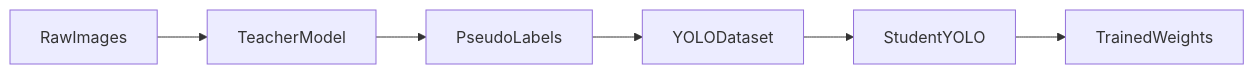
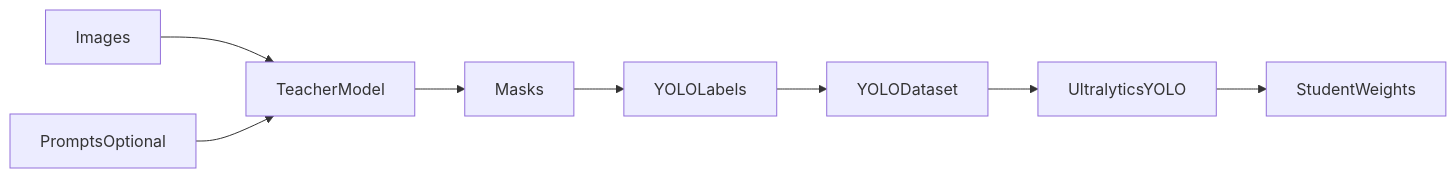
One commit to yajatvishwak/visiondistill changed the diagram in README.md. Above: the diagram before and after it, drawn with Mermaid. The commit also changed other lines of this file and 9 other files, not shown here.

````diff
--- a/README.md
+++ b/README.md
@@ -37,8 +18,10 @@
 ```mermaid
 flowchart LR
-    rawImages[RawImages] --> teacher[TeacherModel]
-    teacher --> pseudoLabels[PseudoLabels]
-    pseudoLabels --> yoloDataset[YOLODataset]
-    yoloDataset --> student[StudentYOLO]
-    student --> trainedWeights[TrainedWeights]
+    images[Images] --> teacher[TeacherModel]
+    prompts[PromptsOptional] --> teacher
+    teacher --> masks[Masks]
+    masks --> labels[YOLOLabels]
+    labels --> dataset[YOLODataset]
+    dataset --> student[UltralyticsYOLO]
+    student --> weights[StudentWeights]
 ```
````
